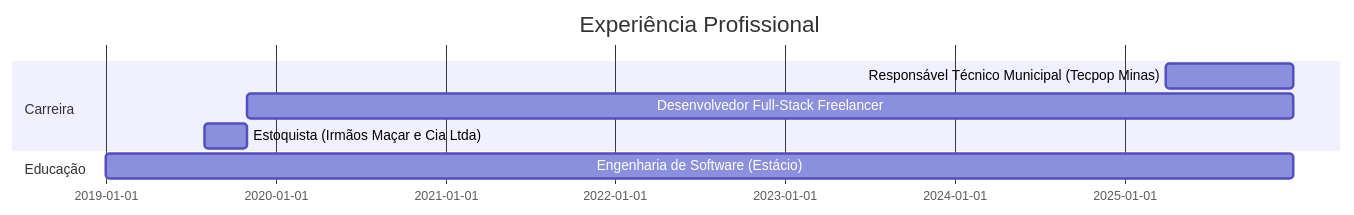
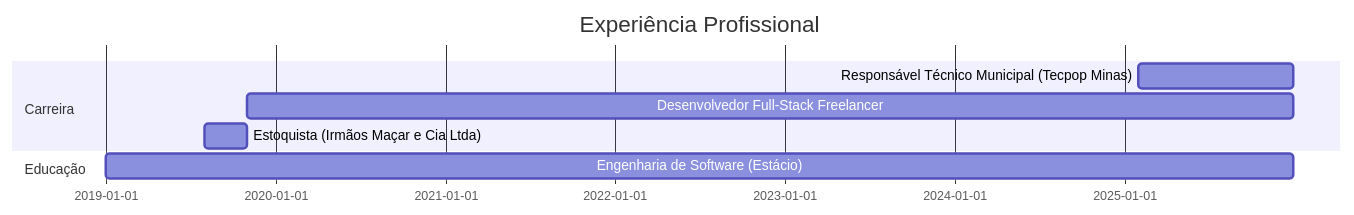
One commit to AlesonPungirum/AlesonPungirum changed the second of 4 diagrams in README.md. Above: the diagram before and after it, drawn with Mermaid. The commit also changed other lines of this file, not shown here.

````diff
--- a/README.md
+++ b/README.md
@@ -135,11 +135,11 @@
 ```mermaid
 gantt
     title Experiência Profissional
     dateFormat  YYYY-MM-DD
     section Carreira
-    Responsável Técnico Municipal (Tecpop Minas)  :2025-04-01, 2025-12-31
+    Responsável Técnico Municipal (Tecpop Minas)  :2025-02-01, 2025-12-31
     Desenvolvedor Full-Stack Freelancer           :2019-11-01, 2025-12-31
     Estoquista (Irmãos Maçar e Cia Ltda)          :2019-08-01, 2019-10-31
     section Educação
     Engenharia de Software (Estácio)              :2019-01-01, 2025-12-31
 ```
````
